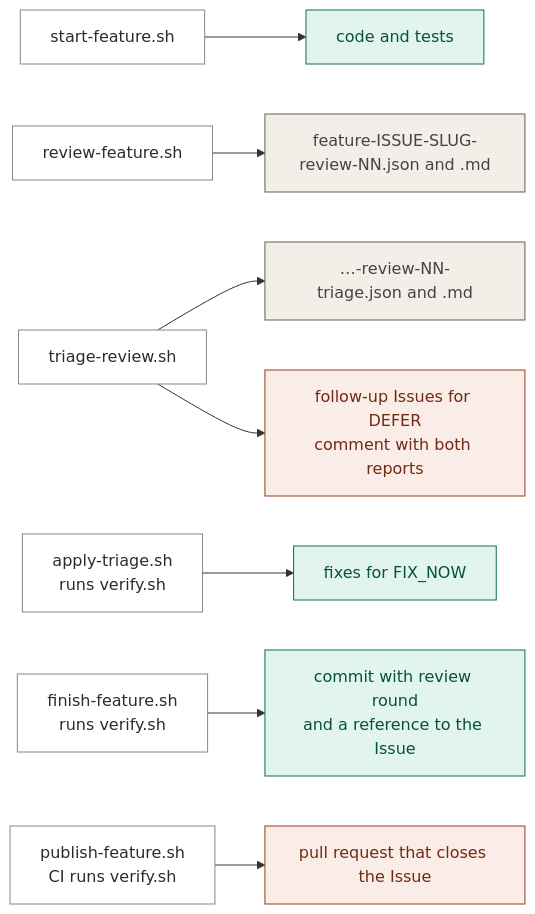
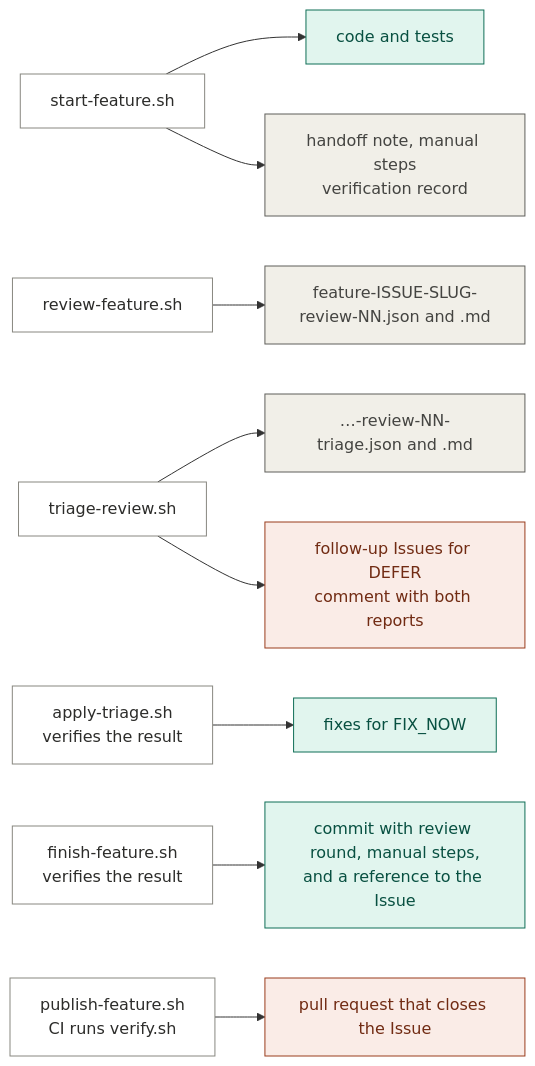
One commit to taspinar/agentic-coding-template changed the sixth of 6 diagrams in docs/workflow.md. Above: the diagram before and after it, drawn with Mermaid. The commit also changed other lines of this file and 7 other files, not shown here.

````diff
--- a/docs/workflow.md
+++ b/docs/workflow.md
@@ -194,19 +197,20 @@
 ```mermaid
 flowchart LR
   sf["start-feature.sh"] --> code["code and tests"]
+  sf --> notes["handoff note, manual steps<br/>verification record"]
   rf["review-feature.sh"] --> rev["feature-ISSUE-SLUG-review-NN.json and .md"]
   tr["triage-review.sh"] --> tri["…-review-NN-triage.json and .md"]
   tr --> gh["follow-up Issues for DEFER<br/>comment with both reports"]
-  at["apply-triage.sh<br/>runs verify.sh"] --> fixes["fixes for FIX_NOW"]
-  ff["finish-feature.sh<br/>runs verify.sh"] --> commit["commit with review round<br/>and a reference to the Issue"]
+  at["apply-triage.sh<br/>verifies the result"] --> fixes["fixes for FIX_NOW"]
+  ff["finish-feature.sh<br/>verifies the result"] --> commit["commit with review round, manual steps,<br/>and a reference to the Issue"]
   pr["publish-feature.sh<br/>CI runs verify.sh"] --> prgh["pull request that closes the Issue"]
 
   classDef repo fill:#E1F5EE,stroke:#0F6E56,color:#085041
   classDef local fill:#F1EFE8,stroke:#5F5E5A,color:#444441
   classDef github fill:#FAECE7,stroke:#993C1D,color:#712B13
   class code,fixes,commit repo
-  class rev,tri local
+  class rev,tri,notes local
   class gh,prgh github
   classDef step fill:#FFFFFF,stroke:#888780,color:#2C2C2A
   class sf,rf,tr,at,ff,pr step
 ```
````
